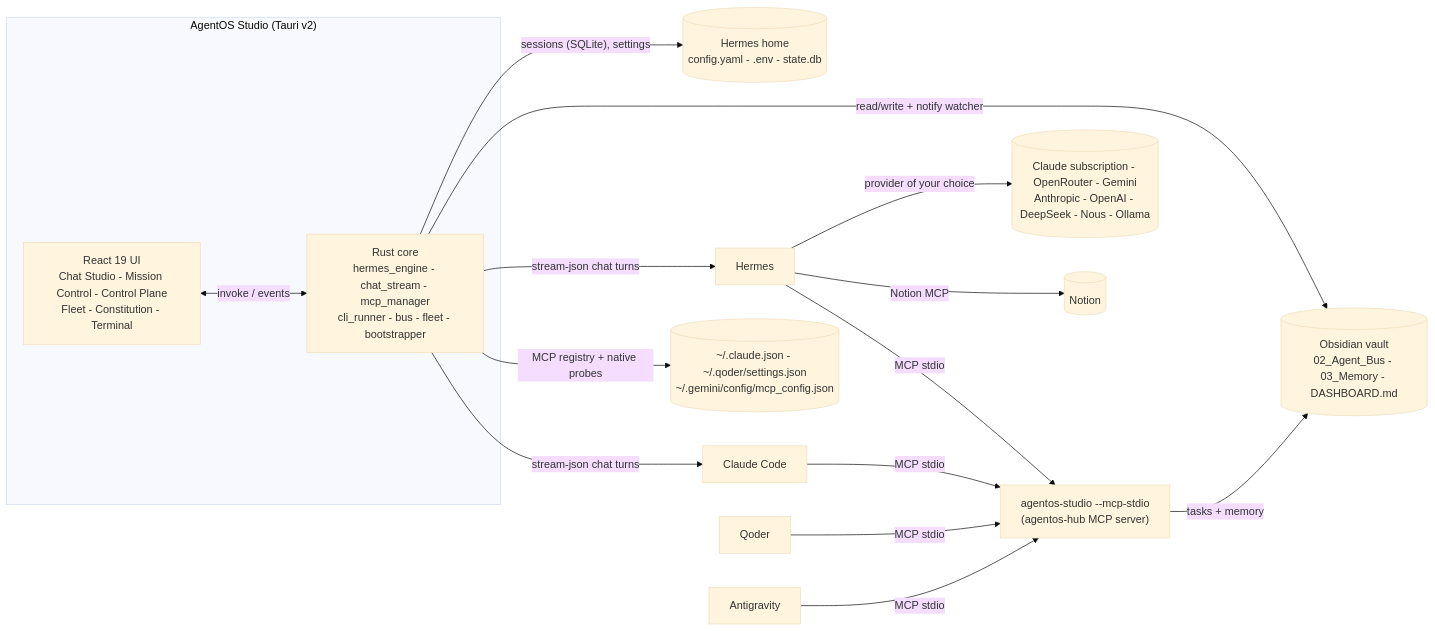
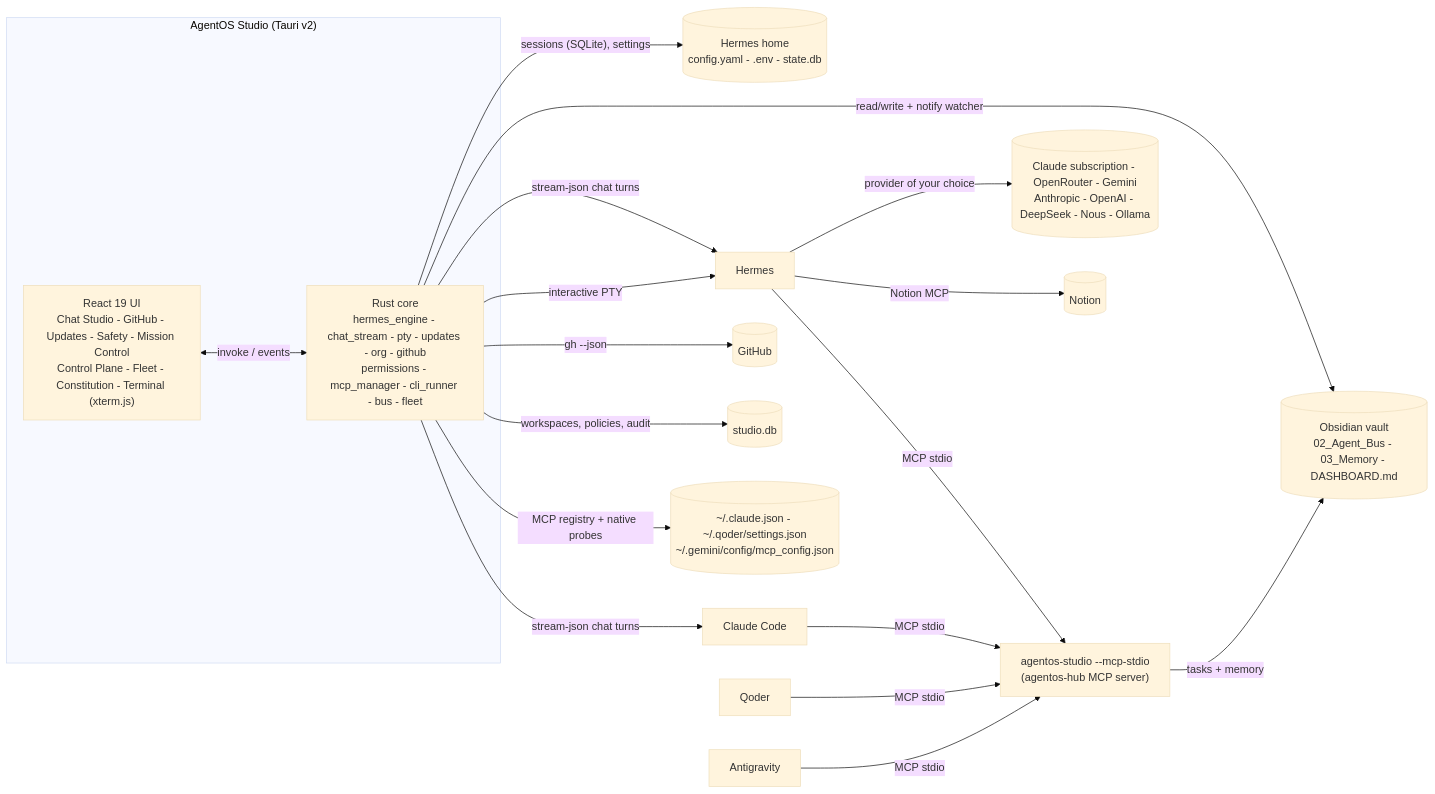
The diagram in README.md (konethegreat/agentos-studio), drawn with Mermaid (base theme) before and after one commit. The commit also changed other lines of this file and 35 other files, not shown here.

First line of the commit message:
feat: AgentOS Studio v0.3.0 terminals, updates, workspaces, GitHub and safety (#4)

````diff
--- a/README.md
+++ b/README.md
@@ -46,26 +63,29 @@
 ```mermaid
 flowchart LR
     subgraph Studio["AgentOS Studio (Tauri v2)"]
-        UI["React 19 UI<br/>Chat Studio - Mission Control - Control Plane<br/>Fleet - Constitution - Terminal"]
-        Core["Rust core<br/>hermes_engine - chat_stream - mcp_manager<br/>cli_runner - bus - fleet - bootstrapper"]
+        UI["React 19 UI<br/>Chat Studio - GitHub - Updates - Safety - Mission Control<br/>Control Plane - Fleet - Constitution - Terminal (xterm.js)"]
+        Core["Rust core<br/>hermes_engine - chat_stream - pty - updates - org - github<br/>permissions - mcp_manager - cli_runner - bus - fleet"]
         UI <-- "invoke / events" --> Core
     end
 
     Hub["agentos-studio --mcp-stdio<br/>(agentos-hub MCP server)"]
     Vault[("Obsidian vault<br/>02_Agent_Bus - 03_Memory - DASHBOARD.md")]
     HermesHome[("Hermes home<br/>config.yaml - .env - state.db")]
 
     Core -- "stream-json chat turns" --> Hermes["Hermes"]
     Core -- "stream-json chat turns" --> Claude["Claude Code"]
     Core -- "sessions (SQLite), settings" --> HermesHome
+    Core -- "interactive PTY" --> Hermes
+    Core -- "gh --json" --> GH[("GitHub")]
+    Core -- "workspaces, policies, audit" --> StudioDb[("studio.db")]
     Core -- "MCP registry + native probes" --> Configs[("~/.claude.json - ~/.qoder/settings.json<br/>~/.gemini/config/mcp_config.json")]
     Core -- "read/write + notify watcher" --> Vault
     Hub -- "tasks + memory" --> Vault
 
     Hermes -- "MCP stdio" --> Hub
     Claude -- "MCP stdio" --> Hub
     Qoder["Qoder"] -- "MCP stdio" --> Hub
     AG["Antigravity"] -- "MCP stdio" --> Hub
     Hermes -- "provider of your choice" --> LLM[("Claude subscription - OpenRouter - Gemini<br/>Anthropic - OpenAI - DeepSeek - Nous - Ollama")]
     Hermes -- "Notion MCP" --> Notion[("Notion")]
 ```
````
